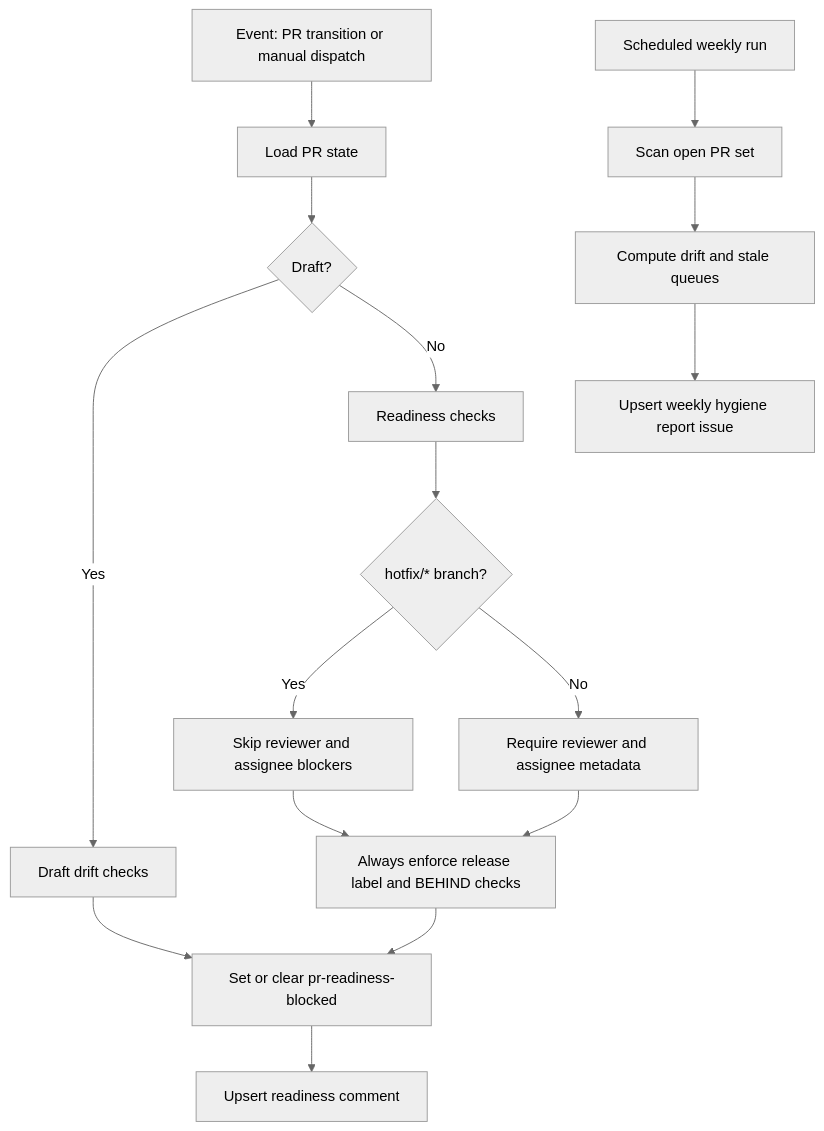
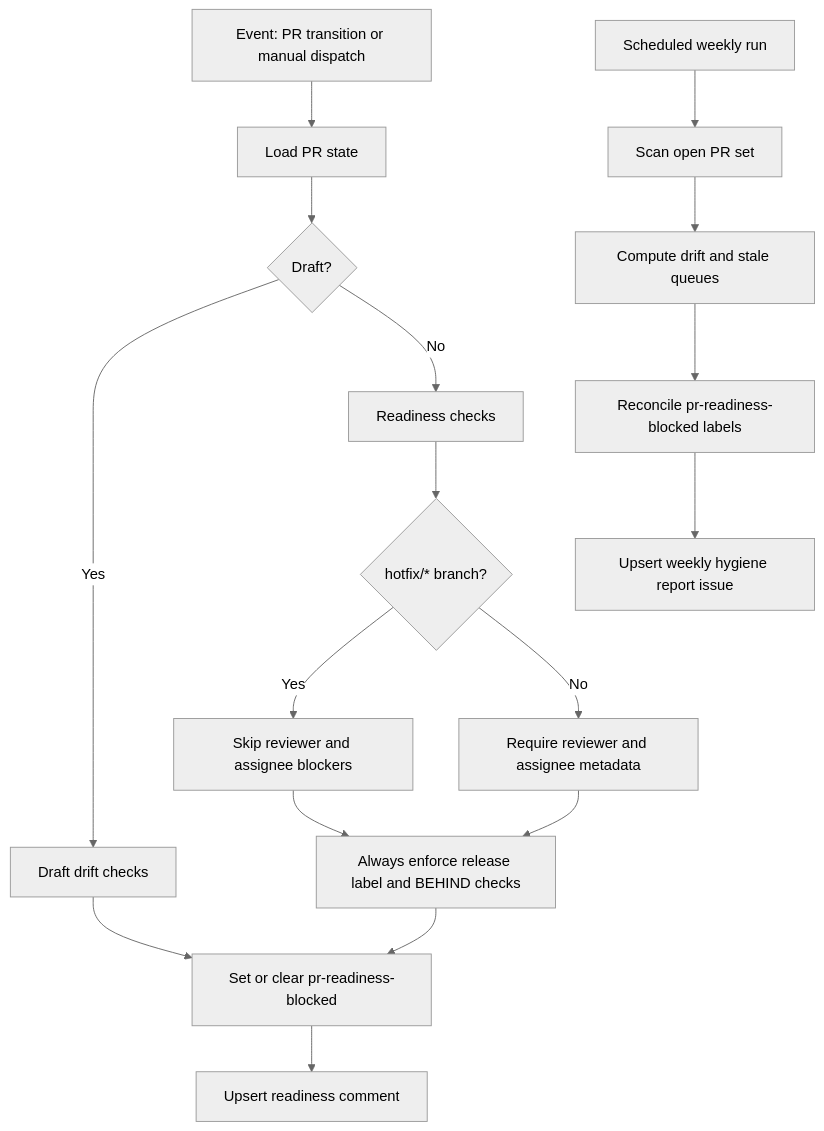
One commit to ivegamsft/basecoat changed the diagram in docs/reference/workflows/pr-flow-hygiene.md. Above: the diagram before and after it, drawn with Mermaid (neutral theme). The commit also changed other lines of this file and 4 other files, not shown here.

Commit message:
feat(workflows): reconcile PR readiness labels and honor prod approval gate (#2193)

````diff
--- a/docs/reference/workflows/pr-flow-hygiene.md
+++ b/docs/reference/workflows/pr-flow-hygiene.md
@@ -11,19 +11,20 @@
 ```mermaid
 flowchart TD
   A[Event: PR transition or manual dispatch] --> B[Load PR state]
   B --> C{Draft?}
   C -->|Yes| D[Draft drift checks]
   C -->|No| E[Readiness checks]
   E --> F{hotfix/* branch?}
   F -->|Yes| G[Skip reviewer and assignee blockers]
   F -->|No| H[Require reviewer and assignee metadata]
   G --> I[Always enforce release label and BEHIND checks]
   H --> I
   D --> J[Set or clear pr-readiness-blocked]
   I --> J
   J --> K[Upsert readiness comment]
 
   L[Scheduled weekly run] --> M[Scan open PR set]
   M --> N[Compute drift and stale queues]
-  N --> O[Upsert weekly hygiene report issue]
+  N --> O[Reconcile pr-readiness-blocked labels]
+  O --> P[Upsert weekly hygiene report issue]
 ```
````
